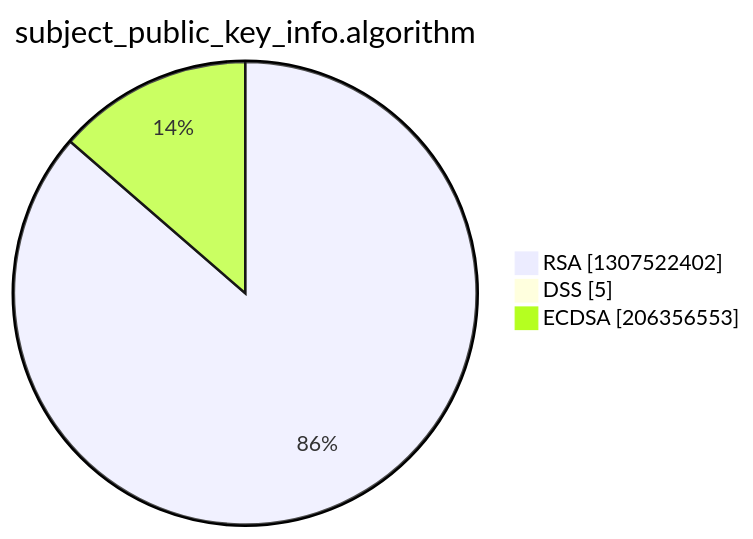
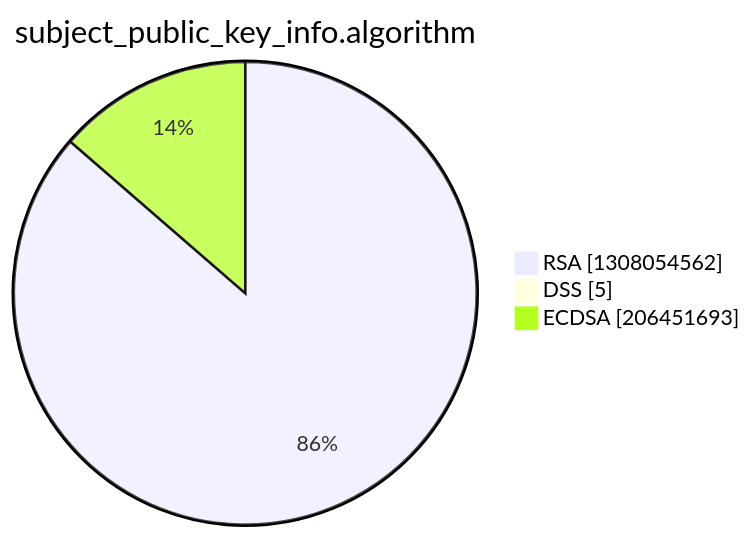
Before and after one commit to christiankrug/ctmonitor_visualization: the third of 15 diagrams in argon2022/README.md, drawn with Mermaid. The commit also changed other lines of this file, not shown here.

````diff
--- a/argon2022/README.md
+++ b/argon2022/README.md
@@ -14,7 +14,7 @@
 ```mermaid
 pie showData
 title subject_public_key_info.algorithm
-"RSA" :1307522402
+"RSA" :1308054562
 "DSS" :5
-"ECDSA" :206356553
+"ECDSA" :206451693
 ```
````
